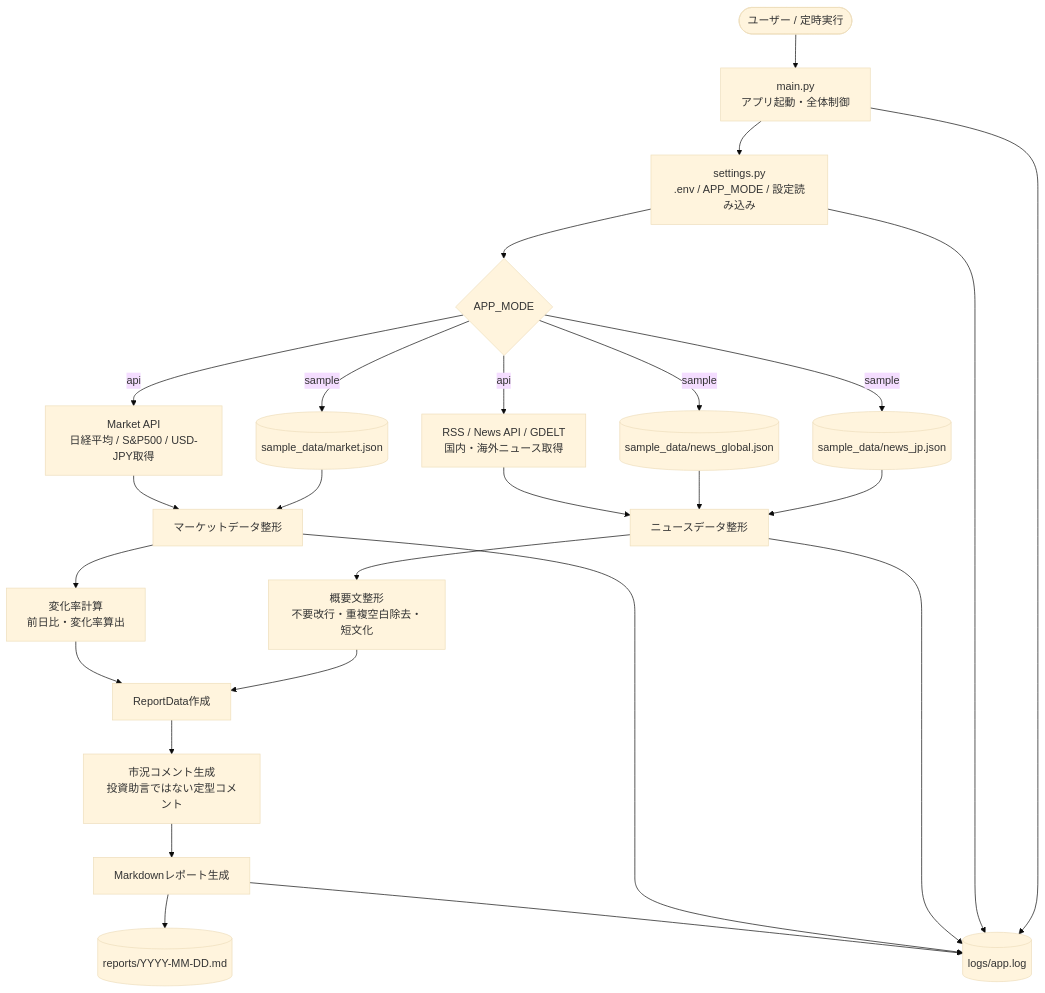
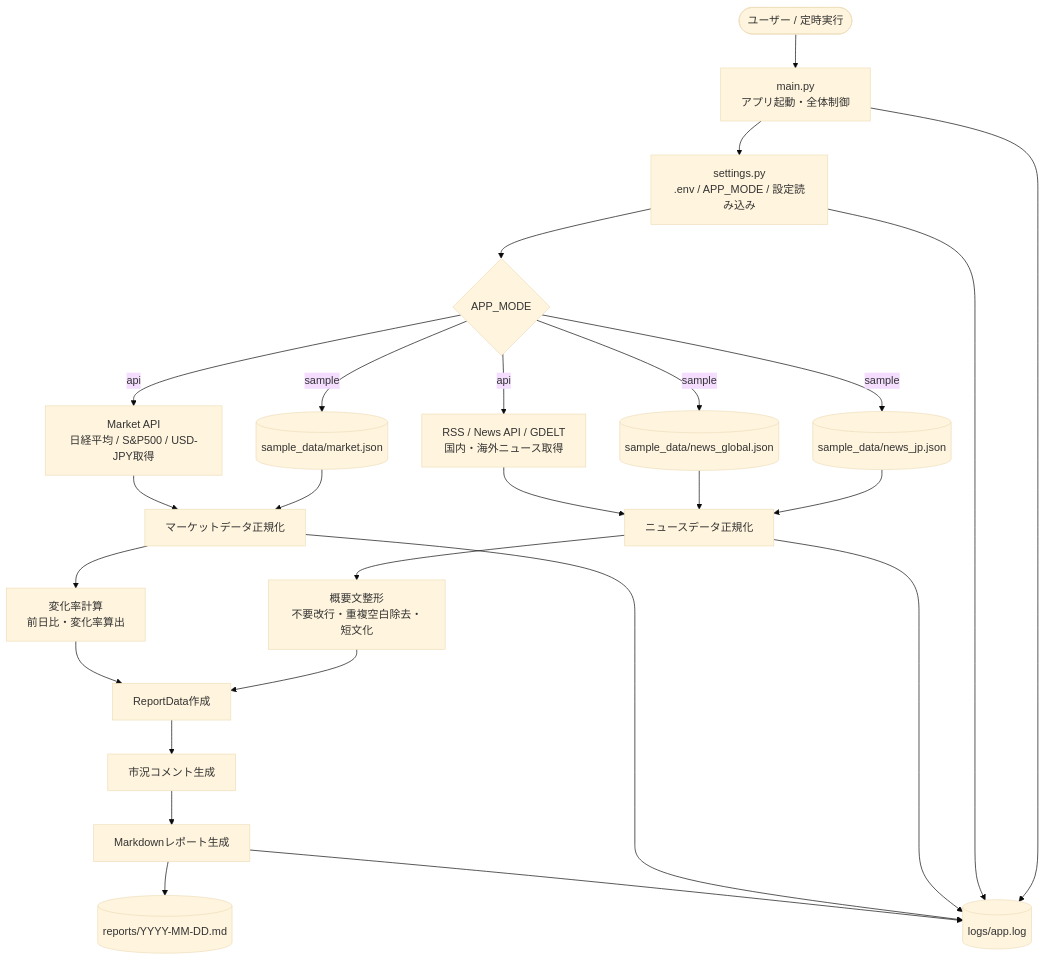
One commit to yukino-nulldebug/news changed the first of 2 diagrams in docs/basic-design/基本設計.md. Above: the diagram before and after it, drawn with Mermaid (base theme). The commit also changed other lines of this file and 7 other files, not shown here.

````diff
--- a/docs/basic-design/基本設計.md
+++ b/docs/basic-design/基本設計.md
@@ -24,37 +48,37 @@
 ```mermaid
 flowchart TD
     A([ユーザー / 定時実行]) --> B[main.py<br>アプリ起動・全体制御]
 
     B --> C[settings.py<br>.env / APP_MODE / 設定読み込み]
     C --> D{APP_MODE}
 
     D -->|sample| E1[(sample_data/news_jp.json)]
     D -->|sample| E2[(sample_data/news_global.json)]
     D -->|sample| E3[(sample_data/market.json)]
 
     D -->|api| F1[RSS / News API / GDELT<br>国内・海外ニュース取得]
     D -->|api| F2[Market API<br>日経平均 / S&P500 / USD-JPY取得]
 
-    E1 --> G[ニュースデータ整形]
+    E1 --> G[ニュースデータ正規化]
     E2 --> G
     F1 --> G
 
-    E3 --> H[マーケットデータ整形]
+    E3 --> H[マーケットデータ正規化]
     F2 --> H
 
     G --> I[概要文整形<br>不要改行・重複空白除去・短文化]
     H --> J[変化率計算<br>前日比・変化率算出]
 
     I --> K[ReportData作成]
     J --> K
 
-    K --> L[市況コメント生成<br>投資助言ではない定型コメント]
+    K --> L[市況コメント生成]
     L --> M[Markdownレポート生成]
 
     M --> N[(reports/YYYY-MM-DD.md)]
     B --> O[(logs/app.log)]
     C --> O
     G --> O
     H --> O
     M --> O
 ```
````
